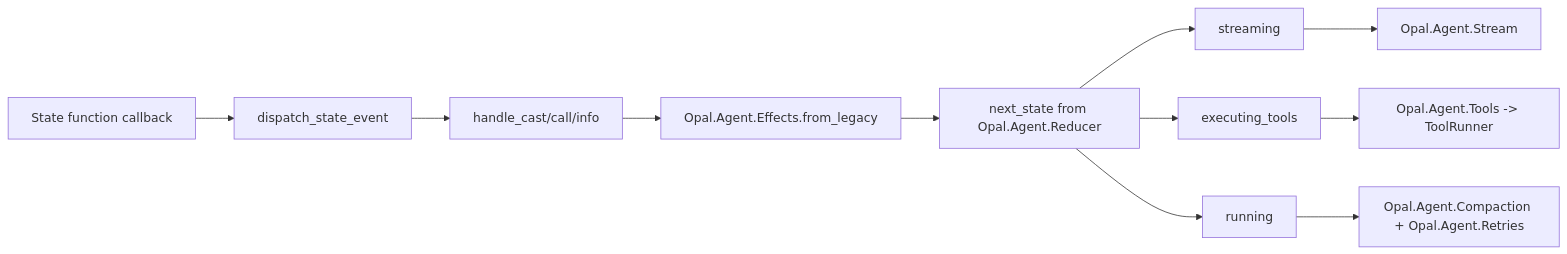
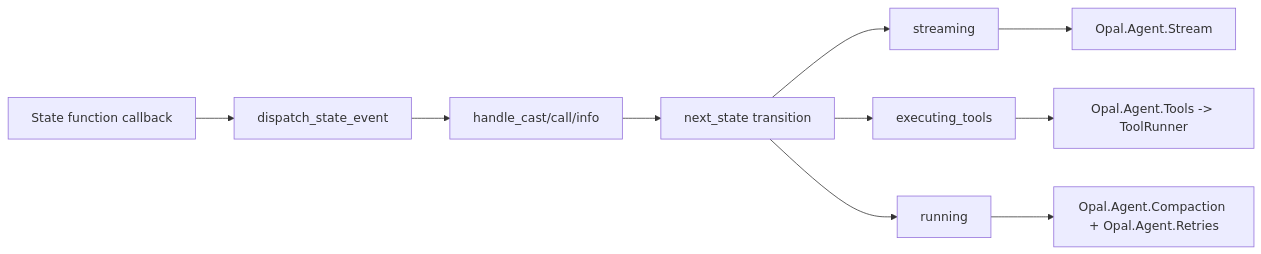
Before and after one commit to matteing/opal: the second of 2 diagrams in docs/agent-loop.md, drawn with Mermaid. The commit also changed 16 other files, not shown here.

````diff
--- a/docs/agent-loop.md
+++ b/docs/agent-loop.md
@@ -96,14 +96,13 @@
 ```mermaid
 flowchart LR
     A[State function callback] --> B[dispatch_state_event]
     B --> C[handle_cast/call/info]
-    C --> D[Opal.Agent.Effects.from_legacy]
-    D --> E[next_state from Opal.Agent.Reducer]
+    C --> E[next_state transition]
 
     E --> F[streaming]
     F --> G[Opal.Agent.Stream]
     E --> H[executing_tools]
     H --> I[Opal.Agent.Tools -> ToolRunner]
     E --> J[running]
     J --> K[Opal.Agent.Compaction + Opal.Agent.Retries]
 ```
````
